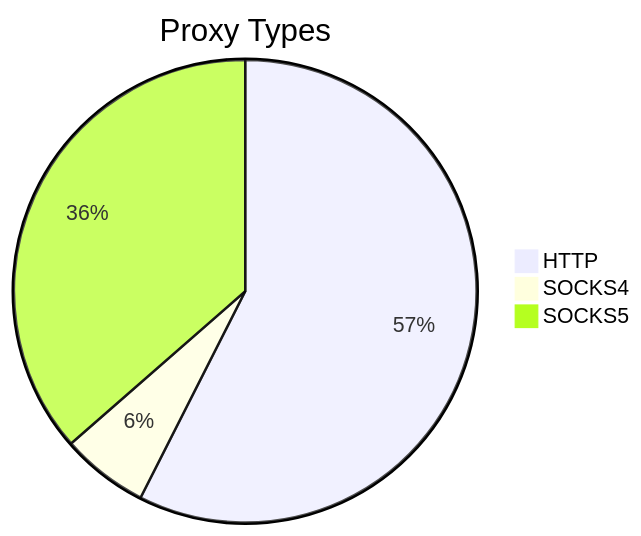
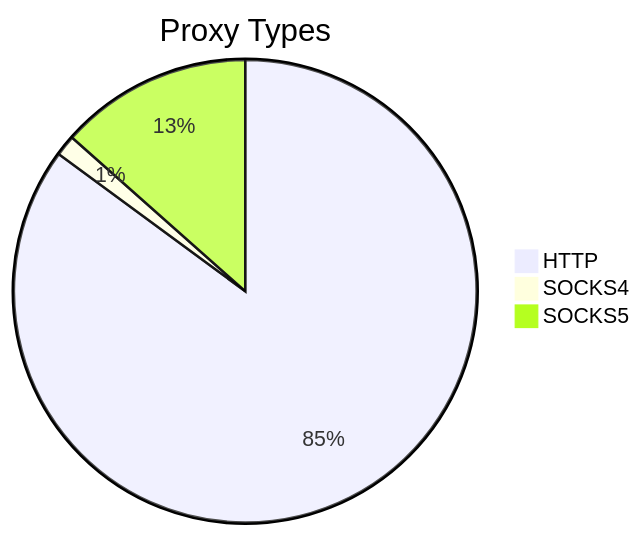
Before and after one commit to stormsia/proxy-list: the first of 2 diagrams in README.md, drawn with Mermaid. The commit also changed other lines of this file, not shown here.

````diff
--- a/README.md
+++ b/README.md
@@ -21,6 +21,6 @@
 ```mermaid
 pie title Proxy Types
-    "HTTP" : 377
-    "SOCKS4" : 40
-    "SOCKS5" : 239
+    "HTTP" : 291
+    "SOCKS4" : 5
+    "SOCKS5" : 46
 ```
````
